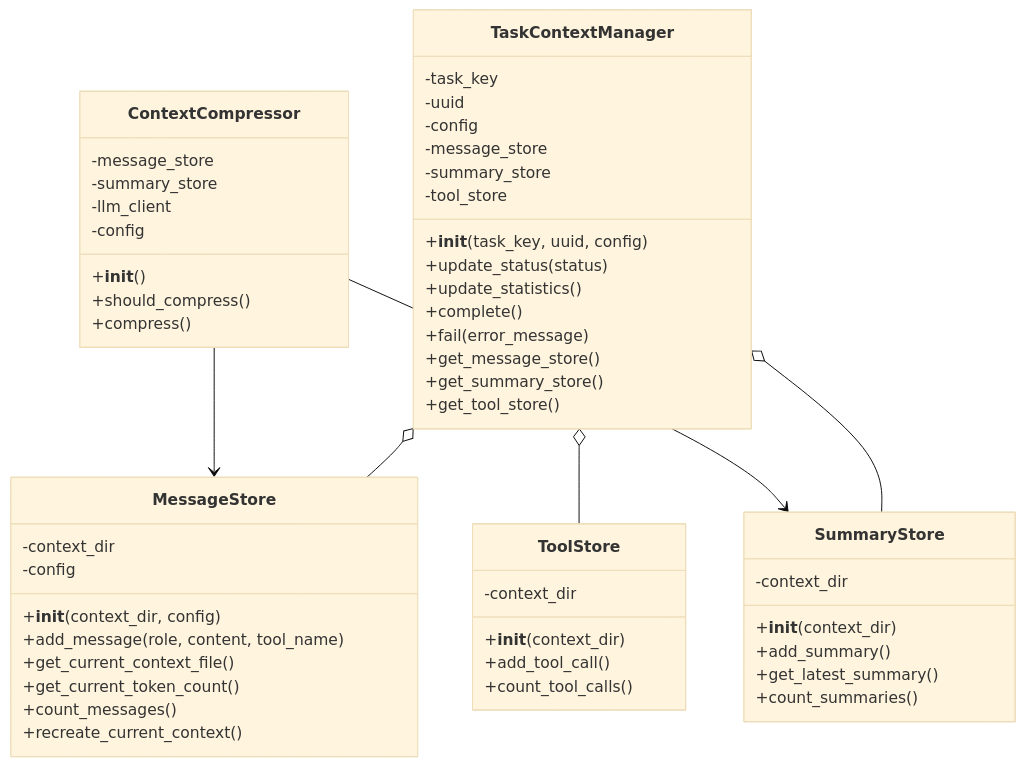
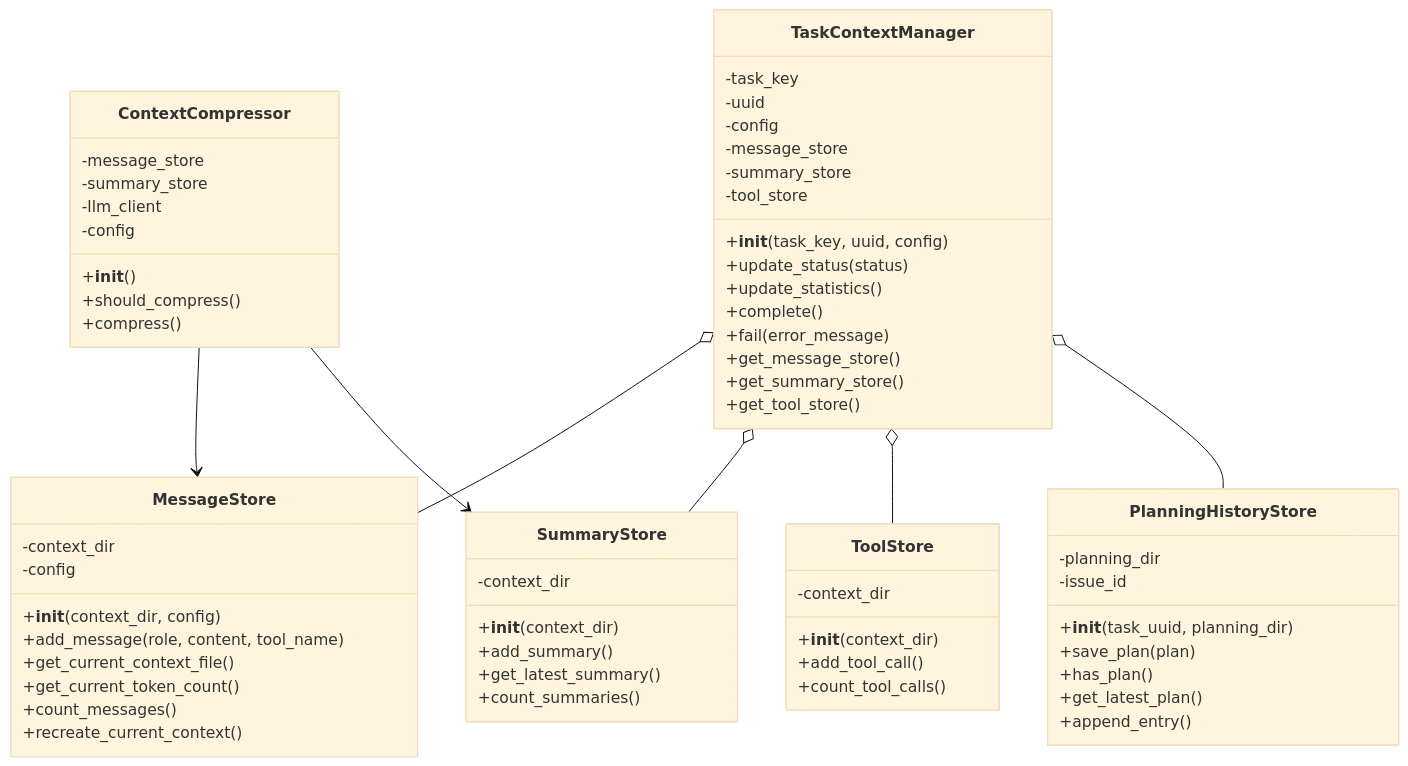
Before and after one commit to notfolder/coding_agent: the second of 5 diagrams in docs/spec/context_file_spec.md, drawn with Mermaid (base theme). The commit also changed other lines of this file and 6 other files, not shown here.

````diff
--- a/docs/spec/context_file_spec.md
+++ b/docs/spec/context_file_spec.md
@@ -244,61 +244,72 @@
 ```mermaid
 classDiagram
     class TaskContextManager {
         -task_key
         -uuid
         -config
         -message_store
         -summary_store
         -tool_store
         +__init__(task_key, uuid, config)
         +update_status(status)
         +update_statistics()
         +complete()
         +fail(error_message)
         +get_message_store()
         +get_summary_store()
         +get_tool_store()
     }
     
     class MessageStore {
         -context_dir
         -config
         +__init__(context_dir, config)
         +add_message(role, content, tool_name)
         +get_current_context_file()
         +get_current_token_count()
         +count_messages()
         +recreate_current_context()
     }
     
     class SummaryStore {
         -context_dir
         +__init__(context_dir)
         +add_summary()
         +get_latest_summary()
         +count_summaries()
     }
     
     class ToolStore {
         -context_dir
         +__init__(context_dir)
         +add_tool_call()
         +count_tool_calls()
     }
     
     class ContextCompressor {
         -message_store
         -summary_store
         -llm_client
         -config
         +__init__()
         +should_compress()
         +compress()
     }
     
     TaskContextManager o-- MessageStore
     TaskContextManager o-- SummaryStore
     TaskContextManager o-- ToolStore
+    TaskContextManager o-- PlanningHistoryStore
     ContextCompressor --> MessageStore
     ContextCompressor --> SummaryStore
+    
+    class PlanningHistoryStore {
+        -planning_dir
+        -issue_id
+        +__init__(task_uuid, planning_dir)
+        +save_plan(plan)
+        +has_plan()
+        +get_latest_plan()
+        +append_entry()
+    }
 ```
````
